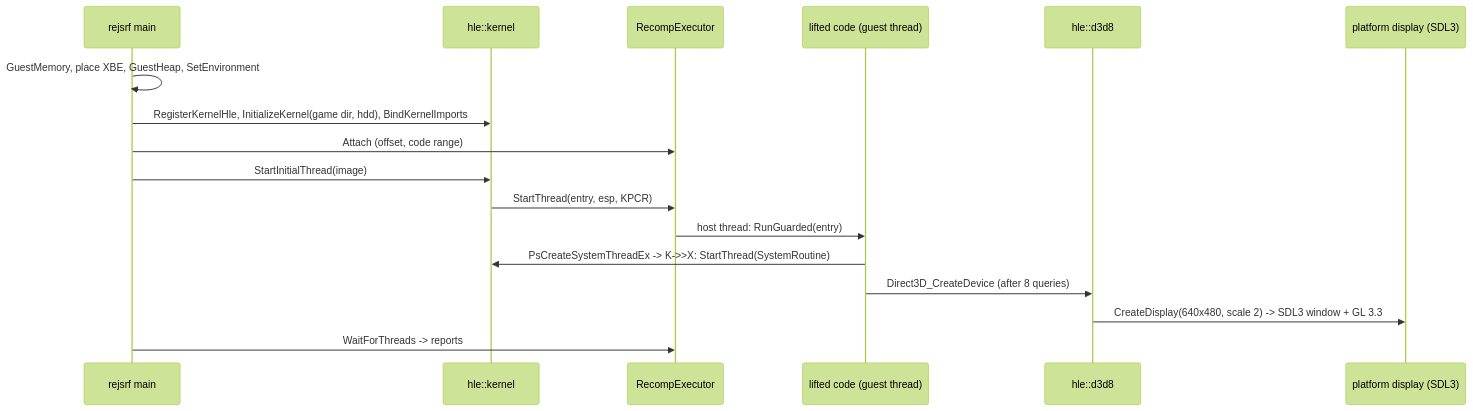
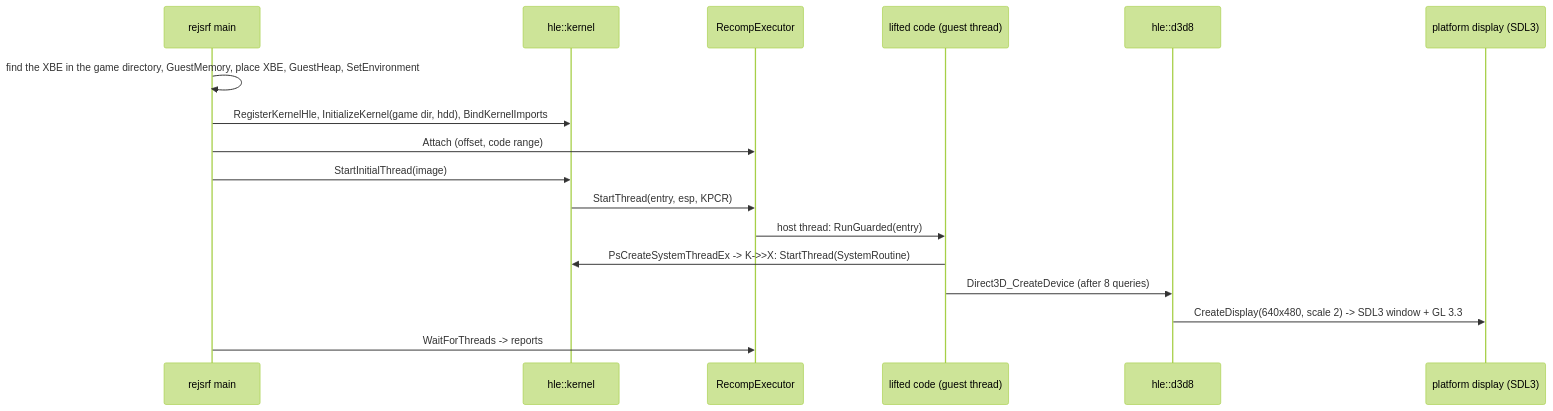
Before and after one commit to nworkers/reJSRF: the third of 3 diagrams in ARCHITECTURE.md, drawn with Mermaid (forest theme). The commit also changed other lines of this file and 7 other files, not shown here.

First line of the commit message:
App: take the game directory instead of an XBE path (#33)

````diff
--- a/ARCHITECTURE.md
+++ b/ARCHITECTURE.md
@@ -119,19 +119,19 @@
 ```mermaid
 sequenceDiagram
     participant App as rejsrf main
     participant K as hle::kernel
     participant X as RecompExecutor
     participant G as lifted code (guest thread)
     participant D3D as hle::d3d8
     participant P as platform display (SDL3)
-    App->>App: GuestMemory, place XBE, GuestHeap, SetEnvironment
+    App->>App: find the XBE in the game directory, GuestMemory, place XBE, GuestHeap, SetEnvironment
     App->>K: RegisterKernelHle, InitializeKernel(game dir, hdd), BindKernelImports
     App->>X: Attach (offset, code range)
     App->>K: StartInitialThread(image)
     K->>X: StartThread(entry, esp, KPCR)
     X->>G: host thread: RunGuarded(entry)
     G->>K: PsCreateSystemThreadEx -> K->>X: StartThread(SystemRoutine)
     G->>D3D: Direct3D_CreateDevice (after 8 queries)
     D3D->>P: CreateDisplay(640x480, scale 2) -> SDL3 window + GL 3.3
     App->>X: WaitForThreads -> reports
 ```
````
